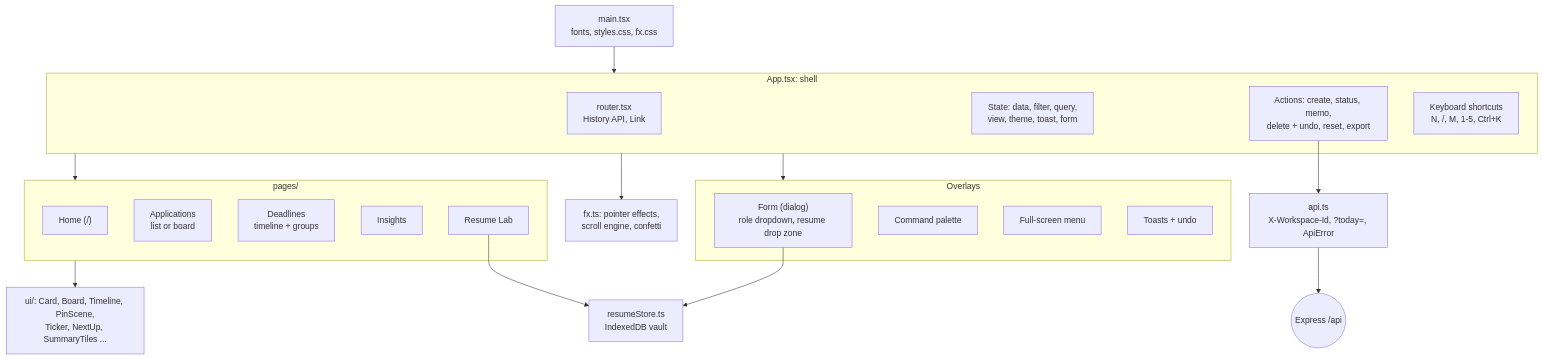
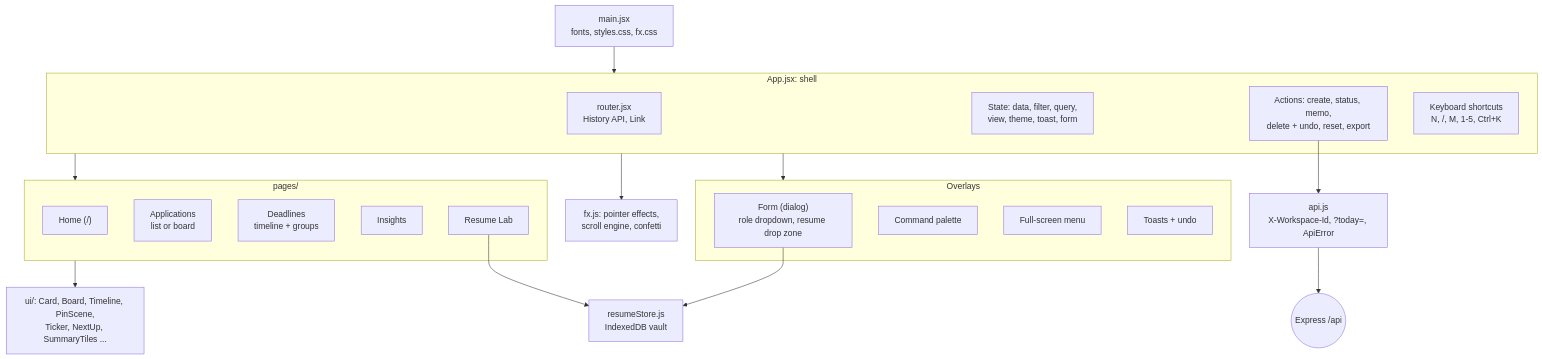
Before and after one commit to someone1709/404owasp: the second of 6 diagrams in docs/ARCHITECTURE.md, drawn with Mermaid. The commit also changed other lines of this file and 116 other files, not shown here.

````diff
--- a/docs/ARCHITECTURE.md
+++ b/docs/ARCHITECTURE.md
@@ -39,37 +39,37 @@
 ```mermaid
 flowchart TD
-  MAIN["main.tsx<br/>fonts, styles.css, fx.css"] --> APP
+  MAIN["main.jsx<br/>fonts, styles.css, fx.css"] --> APP
 
-  subgraph APP["App.tsx: shell"]
-    ROUTER["router.tsx<br/>History API, Link"]
+  subgraph APP["App.jsx: shell"]
+    ROUTER["router.jsx<br/>History API, Link"]
     STATE["State: data, filter, query,<br/>view, theme, toast, form"]
     ACTIONS["Actions: create, status, memo,<br/>delete + undo, reset, export"]
     KEYS["Keyboard shortcuts<br/>N, /, M, 1-5, Ctrl+K"]
   end
 
   APP --> PAGES
   APP --> OVERLAYS
 
   subgraph PAGES["pages/"]
     HOME["Home (/)"]
     APPS["Applications<br/>list or board"]
     DL["Deadlines<br/>timeline + groups"]
     INS["Insights"]
     RES["Resume Lab"]
   end
 
   subgraph OVERLAYS["Overlays"]
     FORM["Form (dialog)<br/>role dropdown, resume drop zone"]
     PAL["Command palette"]
     MENU["Full-screen menu"]
     TOAST["Toasts + undo"]
   end
 
   PAGES --> UI["ui/: Card, Board, Timeline, PinScene,<br/>Ticker, NextUp, SummaryTiles ..."]
 
-  ACTIONS --> APICLIENT["api.ts<br/>X-Workspace-Id, ?today=, ApiError"]
-  RES --> RSTORE["resumeStore.ts<br/>IndexedDB vault"]
+  ACTIONS --> APICLIENT["api.js<br/>X-Workspace-Id, ?today=, ApiError"]
+  RES --> RSTORE["resumeStore.js<br/>IndexedDB vault"]
   FORM --> RSTORE
-  APP --> FX["fx.ts: pointer effects,<br/>scroll engine, confetti"]
+  APP --> FX["fx.js: pointer effects,<br/>scroll engine, confetti"]
   APICLIENT --> BACKEND(("Express /api"))
 ```
````
